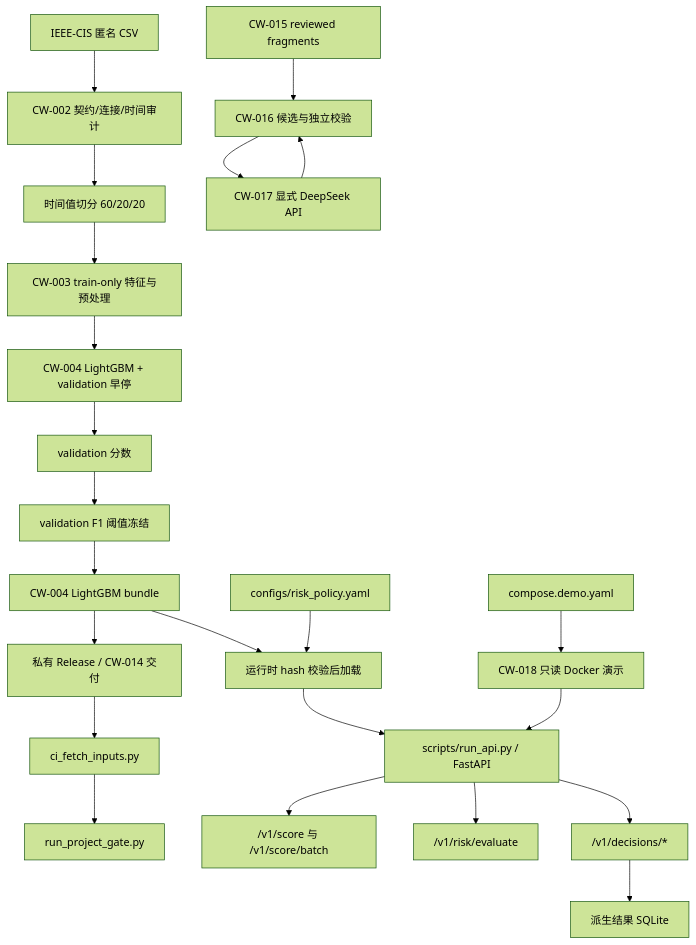
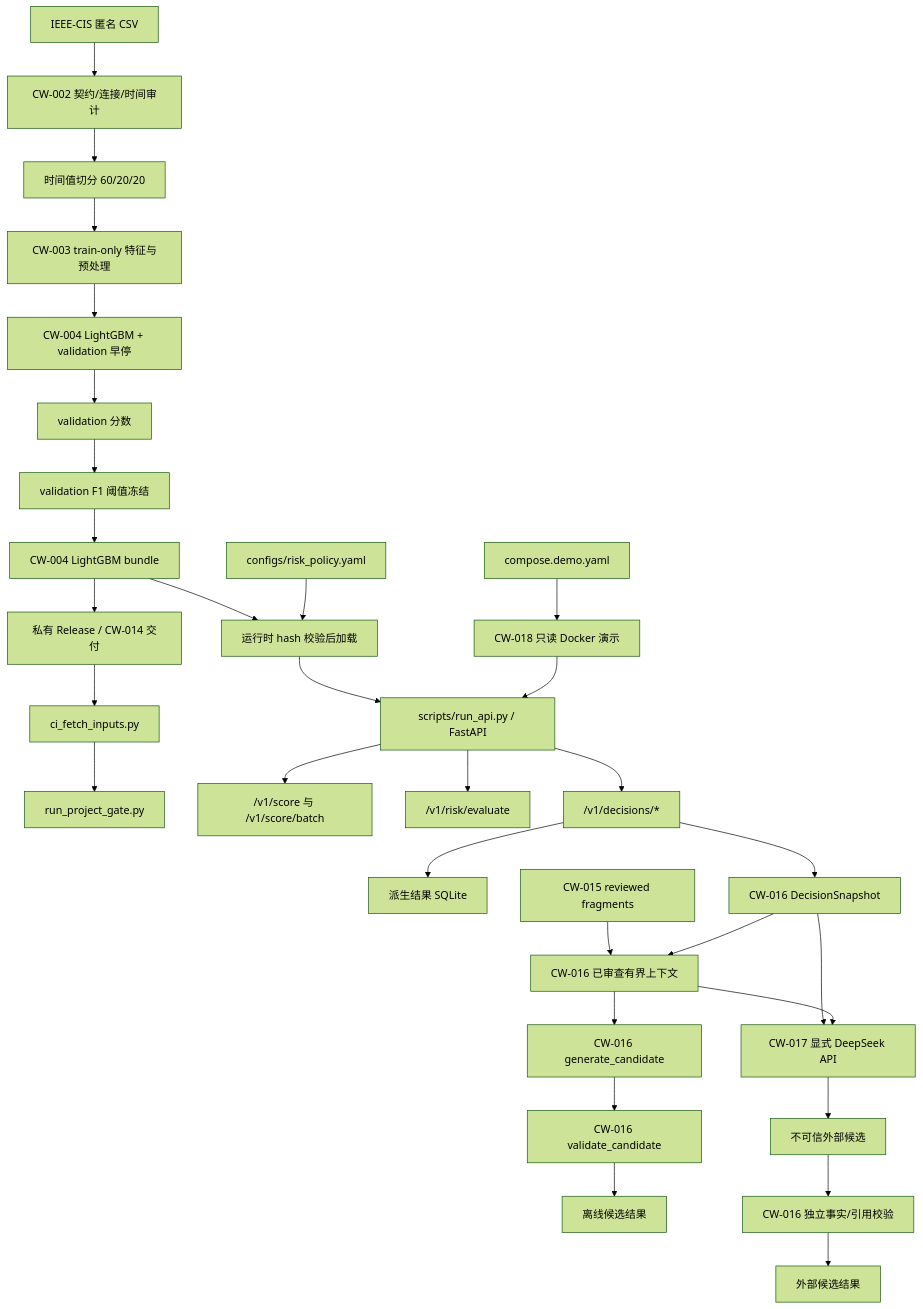
One commit to cycy12335/A_Detector changed the first of 4 diagrams in docs/architecture.md. Above: the diagram before and after it, drawn with Mermaid (forest theme). The commit also changed 2 other files, not shown here.

Commit message:
fix: align CW-019 LLM flow with source

````diff
--- a/docs/architecture.md
+++ b/docs/architecture.md
@@ -26,25 +26,33 @@
 ```mermaid
 flowchart TD
   raw[IEEE-CIS 匿名 CSV] --> audit[CW-002 契约/连接/时间审计]
   audit --> split[时间值切分 60/20/20]
   split --> train[CW-003 train-only 特征与预处理]
   train --> model_train[CW-004 LightGBM + validation 早停]
   model_train --> validation_scores[validation 分数]
   validation_scores --> threshold[validation F1 阈值冻结]
   threshold --> bundle[CW-004 LightGBM bundle]
   bundle --> release[私有 Release / CW-014 交付]
   release --> fetch[ci_fetch_inputs.py]
   fetch --> gate[run_project_gate.py]
   bundle --> runtime[运行时 hash 校验后加载]
   policy[configs/risk_policy.yaml] --> runtime
   runtime --> api[scripts/run_api.py / FastAPI]
   api --> score["/v1/score 与 /v1/score/batch"]
   api --> risk["/v1/risk/evaluate"]
   api --> decision["/v1/decisions/*"]
   decision --> sqlite[派生结果 SQLite]
-  sources[CW-015 reviewed fragments] --> draft[CW-016 候选与独立校验]
-  draft --> optional[CW-017 显式 DeepSeek API]
-  optional --> draft
+  decision --> snapshot["CW-016 DecisionSnapshot"]
+  sources[CW-015 reviewed fragments] --> context["CW-016 已审查有界上下文"]
+  snapshot --> context
+  context --> offline_candidate["CW-016 generate_candidate"]
+  offline_candidate --> offline_validate["CW-016 validate_candidate"]
+  offline_validate --> offline_result[离线候选结果]
+  snapshot --> deepseek["CW-017 显式 DeepSeek API"]
+  context --> deepseek
+  deepseek --> external_candidate[不可信外部候选]
+  external_candidate --> external_validate["CW-016 独立事实/引用校验"]
+  external_validate --> external_result[外部候选结果]
   compose[compose.demo.yaml] --> demo[CW-018 只读 Docker 演示]
   demo --> api
 ```
````
